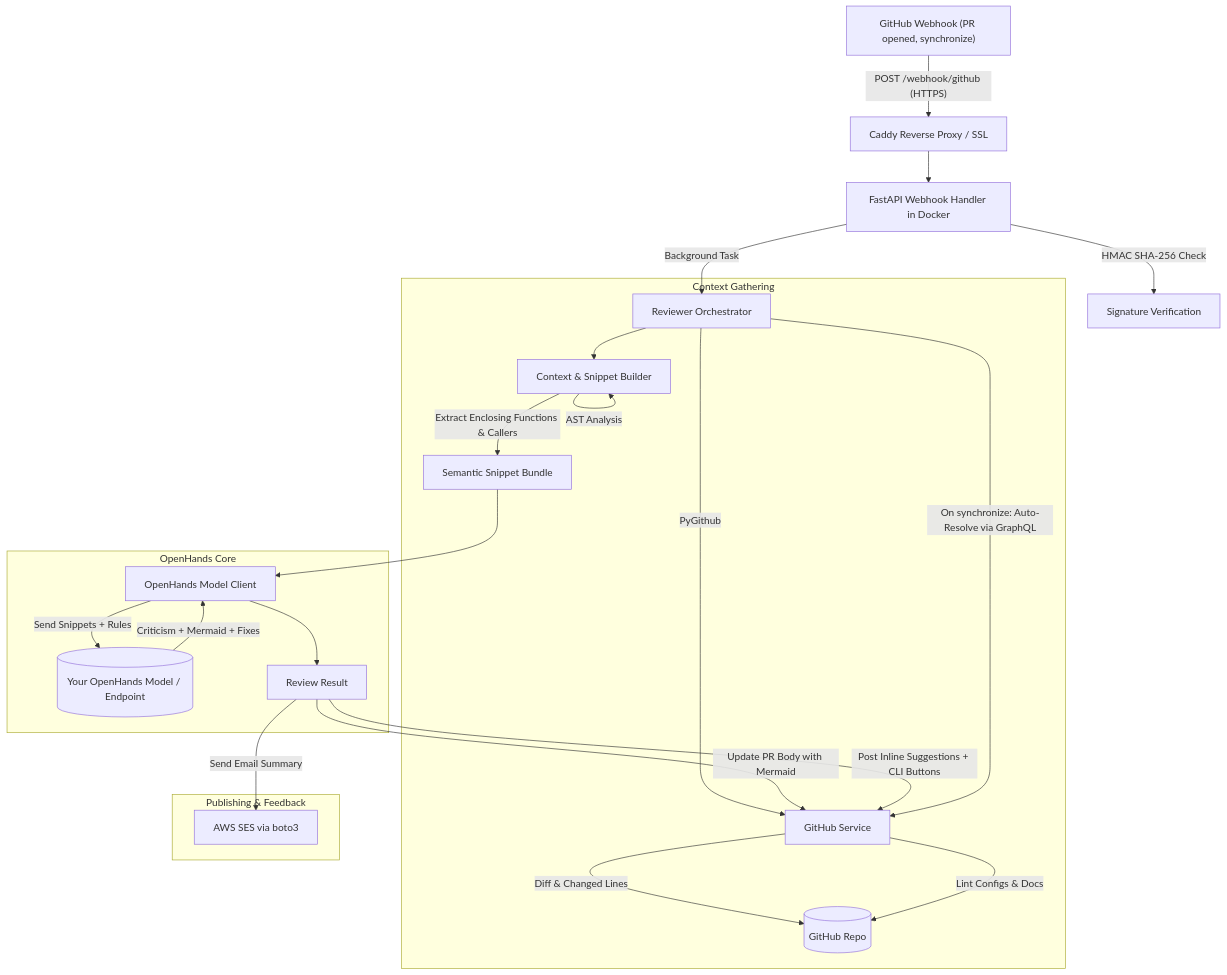
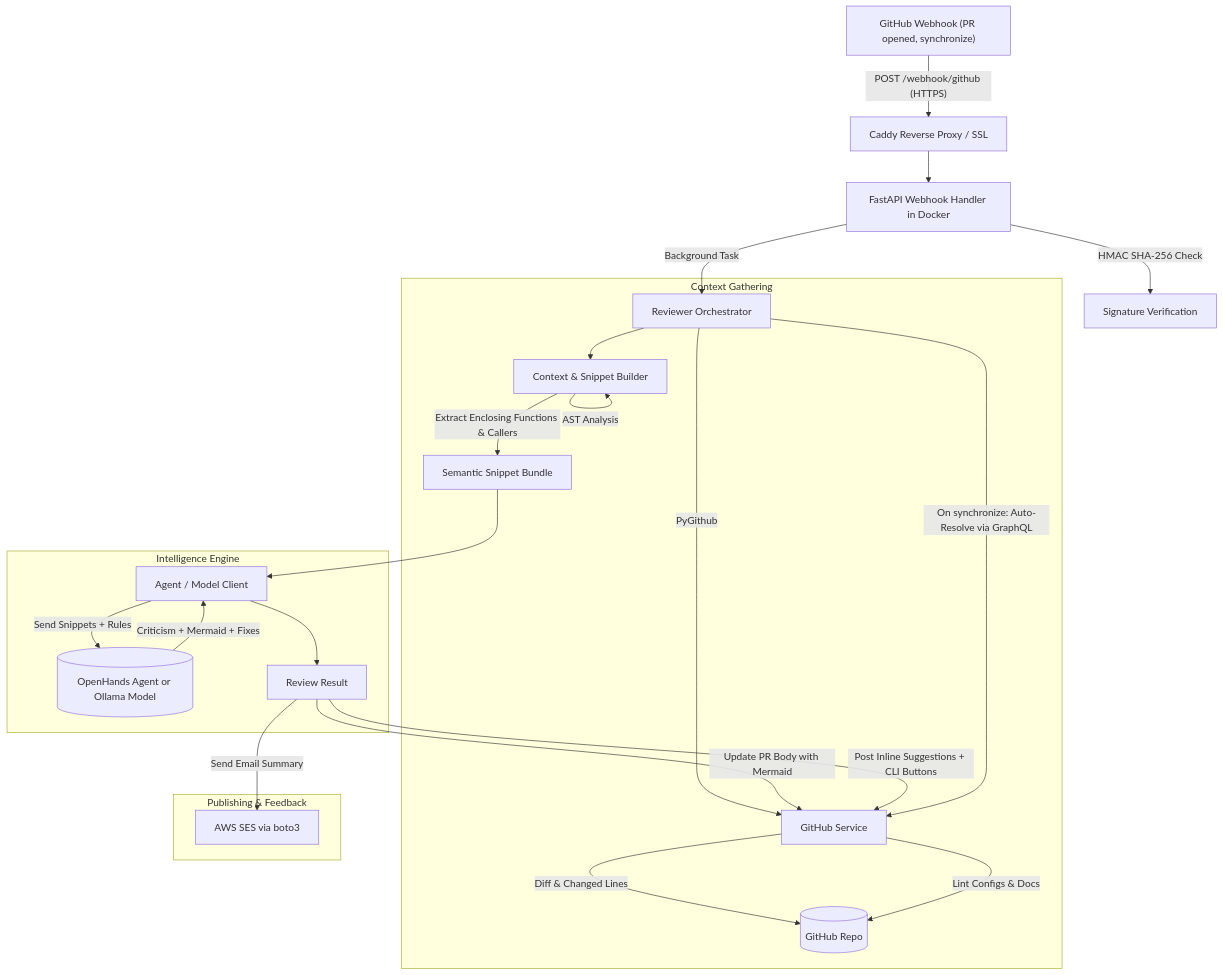
The diagram in README.md (rroy11705/auto-code-reviewer), drawn with Mermaid before and after one commit. The commit also changed other lines of this file and 1 other file, not shown here.

Commit message:
docs: clarify OpenHands agent runtime vs local LLMs (Ollama/DeepSeek-Coder)

````diff
--- a/README.md
+++ b/README.md
@@ -29,30 +29,30 @@
 ```mermaid
 flowchart TD
     GH["GitHub Webhook (PR opened, synchronize)"] -->|"POST /webhook/github (HTTPS)"| CADDY["Caddy Reverse Proxy / SSL"]
     CADDY --> API["FastAPI Webhook Handler in Docker"]
     API -->|"HMAC SHA-256 Check"| SEC["Signature Verification"]
     API -->|"Background Task"| ORCH["Reviewer Orchestrator"]
     
     subgraph Context Gathering
         ORCH -->|"PyGithub"| GHS["GitHub Service"]
         GHS -->|"Diff & Changed Lines"| GHR[("GitHub Repo")]
         GHS -->|"Lint Configs & Docs"| GHR
         ORCH --> CTX["Context & Snippet Builder"]
         CTX -->|"AST Analysis"| CTX
         CTX -->|"Extract Enclosing Functions & Callers"| BUNDLE["Semantic Snippet Bundle"]
     end
 
-    subgraph OpenHands Core
-        BUNDLE --> OH["OpenHands Model Client"]
-        OH -->|"Send Snippets + Rules"| OH_MODEL[("Your OpenHands Model / Endpoint")]
+    subgraph Intelligence Engine
+        BUNDLE --> OH["Agent / Model Client"]
+        OH -->|"Send Snippets + Rules"| OH_MODEL[("OpenHands Agent or Ollama Model")]
         OH_MODEL -->|"Criticism + Mermaid + Fixes"| OH
         OH --> RES["Review Result"]
     end
 
     subgraph Publishing & Feedback
         RES -->|"Update PR Body with Mermaid"| GHS
         RES -->|"Post Inline Suggestions + CLI Buttons"| GHS
         ORCH -->|"On synchronize: Auto-Resolve via GraphQL"| GHS
         RES -->|"Send Email Summary"| SES["AWS SES via boto3"]
     end
 ```
````
